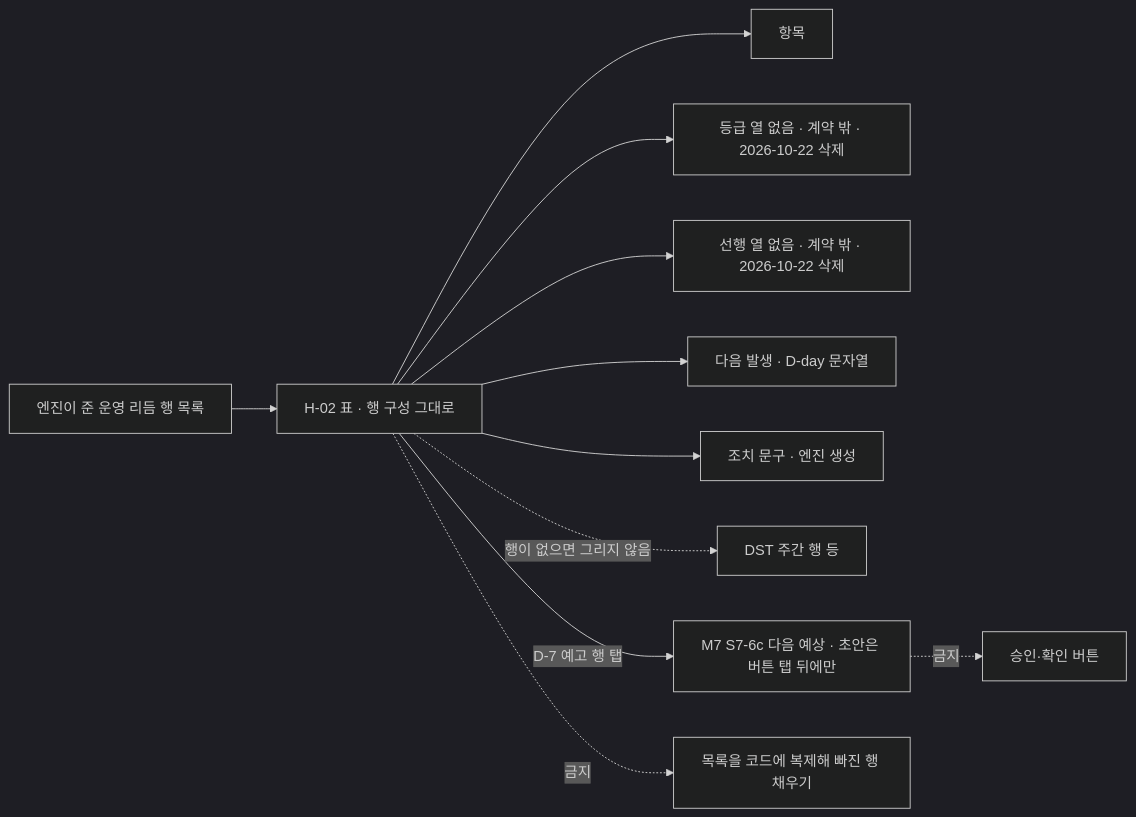
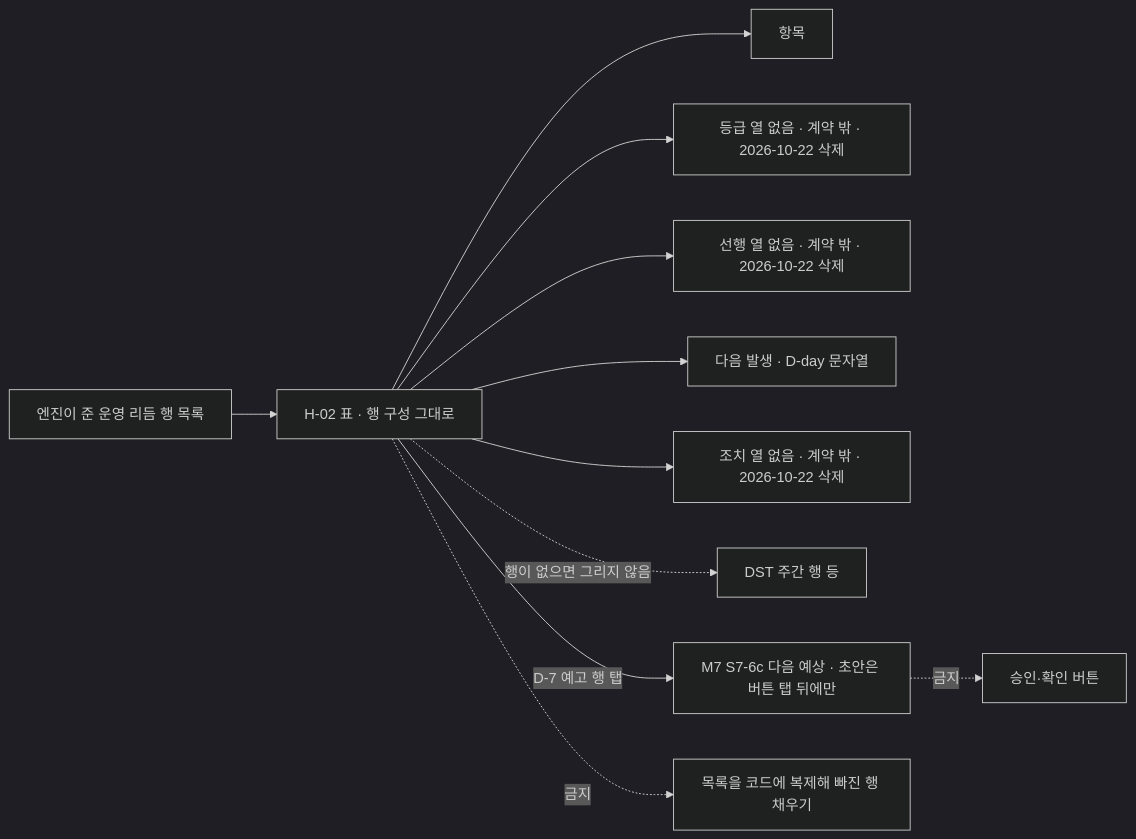
Before and after one commit to billybeom/AutoAlphaQuant: diagram 11 of 27 in docs/ai-context/04_화면명세_M8_셸_운영홈_알림_온보딩.md, drawn with Mermaid (dark theme). The commit also changed other lines of this file and 10 other files, not shown here.

````diff
--- a/docs/ai-context/04_화면명세_M8_셸_운영홈_알림_온보딩.md
+++ b/docs/ai-context/04_화면명세_M8_셸_운영홈_알림_온보딩.md
@@ -602,13 +612,13 @@
 ```mermaid
 flowchart LR
   ENG["엔진이 준 운영 리듬 행 목록"] --> TBL["H-02 표 · 행 구성 그대로"]
   TBL --> C1["항목"]
   TBL --> C2["등급 열 없음 · 계약 밖 · 2026-10-22 삭제"]
   TBL --> C3["선행 열 없음 · 계약 밖 · 2026-10-22 삭제"]
   TBL --> C4["다음 발생 · D-day 문자열"]
-  TBL --> C5["조치 문구 · 엔진 생성"]
+  TBL --> C5["조치 열 없음 · 계약 밖 · 2026-10-22 삭제"]
   TBL -.->|"행이 없으면 그리지 않음"| DST["DST 주간 행 등"]
   TBL -->|"D-7 예고 행 탭"| M7["M7 S7-6c 다음 예상 · 초안은 버튼 탭 뒤에만"]
   M7 -.->|"금지"| APV["승인·확인 버튼"]
   TBL -.->|"금지"| DUP["목록을 코드에 복제해 빠진 행 채우기"]
 ```
````
